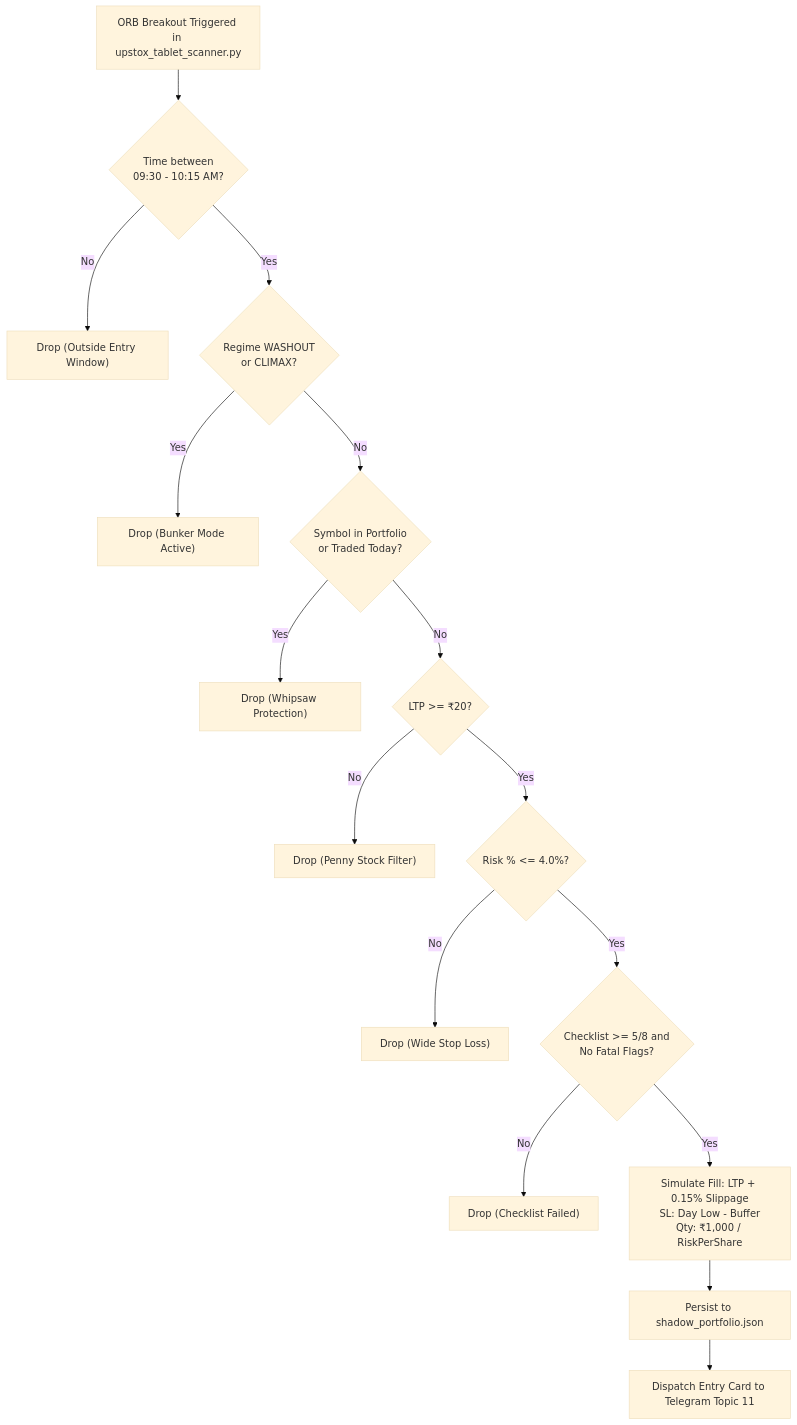
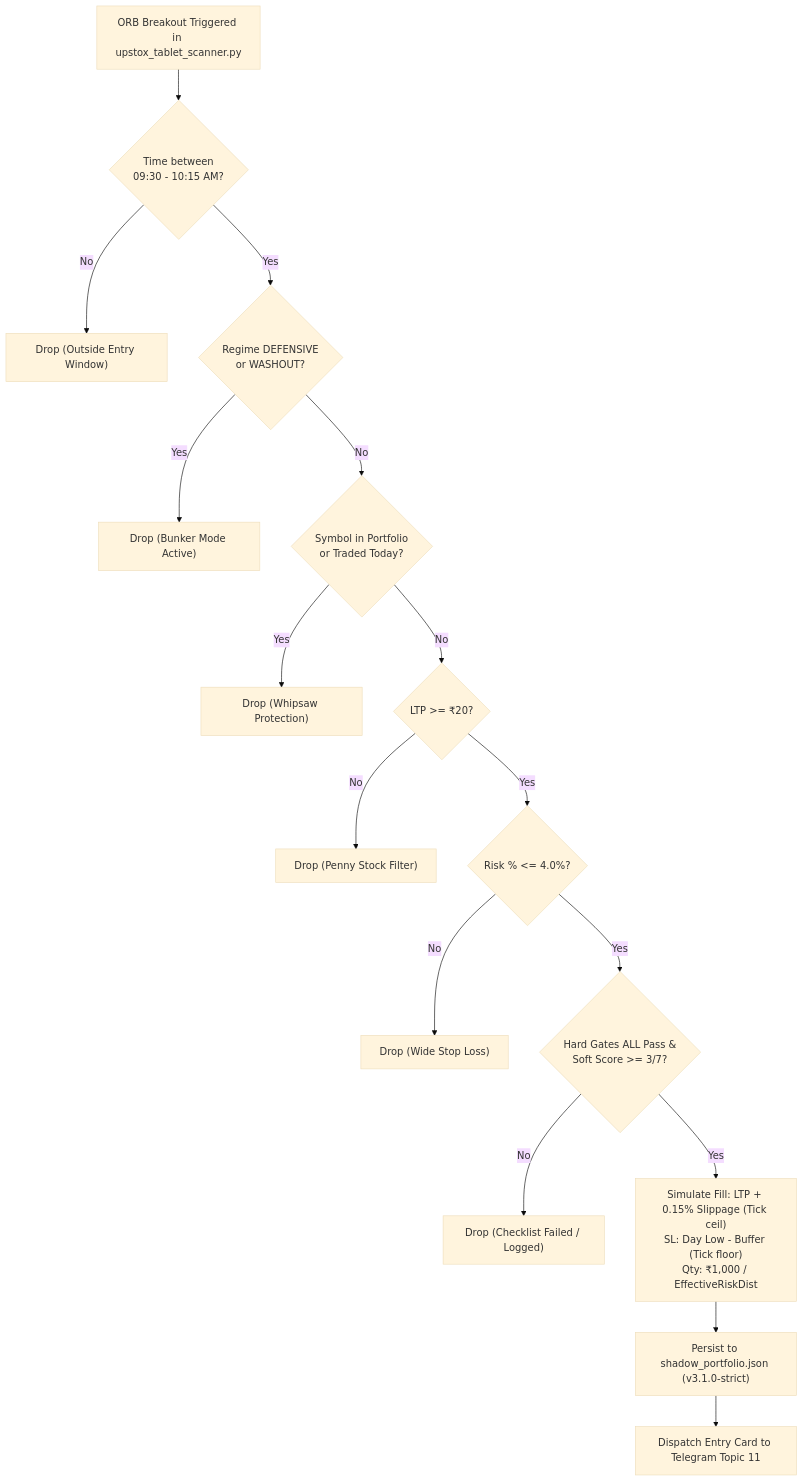
One commit to sanIncredible/Jarvis changed the third of 4 diagrams in JARVIS_SYSTEM_ARCHITECTURE_AND_SPECIFICATION.md. Above: the diagram before and after it, drawn with Mermaid (base theme). The commit also changed other lines of this file, not shown here.

Commit message:
Deploy v3.1.0-strict: Zero-deviation spec parity, tick-aware rounding, continuous F(m) TOD RVOL, and 5-state regime governance

````diff
--- a/JARVIS_SYSTEM_ARCHITECTURE_AND_SPECIFICATION.md
+++ b/JARVIS_SYSTEM_ARCHITECTURE_AND_SPECIFICATION.md
@@ -358,18 +369,18 @@
 ```mermaid
 flowchart TD
     Trigger["ORB Breakout Triggered in upstox_tablet_scanner.py"] --> TimeCheck{"Time between<br/>09:30 - 10:15 AM?"}
     TimeCheck -- No --> Reject["Drop (Outside Entry Window)"]
-    TimeCheck -- Yes --> RegCheck{"Regime WASHOUT<br/>or CLIMAX?"}
+    TimeCheck -- Yes --> RegCheck{"Regime DEFENSIVE<br/>or WASHOUT?"}
     RegCheck -- Yes --> BunkerReject["Drop (Bunker Mode Active)"]
     RegCheck -- No --> DupCheck{"Symbol in Portfolio<br/>or Traded Today?"}
     DupCheck -- Yes --> WhipsawReject["Drop (Whipsaw Protection)"]
     DupCheck -- No --> PennyCheck{"LTP >= ₹20?"}
     PennyCheck -- No --> PennyReject["Drop (Penny Stock Filter)"]
     PennyCheck -- Yes --> RiskCheck{"Risk % <= 4.0%?"}
     RiskCheck -- No --> TailReject["Drop (Wide Stop Loss)"]
-    RiskCheck -- Yes --> ScoreCheck{"Checklist >= 5/8 and<br/>No Fatal Flags?"}
-    ScoreCheck -- No --> QualReject["Drop (Checklist Failed)"]
-    ScoreCheck -- Yes --> ExecSim["Simulate Fill: LTP + 0.15% Slippage<br/>SL: Day Low - Buffer<br/>Qty: ₹1,000 / RiskPerShare"]
-    ExecSim --> LogOpen["Persist to shadow_portfolio.json"]
+    RiskCheck -- Yes --> ScoreCheck{"Hard Gates ALL Pass &<br/>Soft Score >= 3/7?"}
+    ScoreCheck -- No --> QualReject["Drop (Checklist Failed / Logged)"]
+    ScoreCheck -- Yes --> ExecSim["Simulate Fill: LTP + 0.15% Slippage (Tick ceil)<br/>SL: Day Low - Buffer (Tick floor)<br/>Qty: ₹1,000 / EffectiveRiskDist"]
+    ExecSim --> LogOpen["Persist to shadow_portfolio.json (v3.1.0-strict)"]
     LogOpen --> TGCard["Dispatch Entry Card to Telegram Topic 11"]
 ```
````
